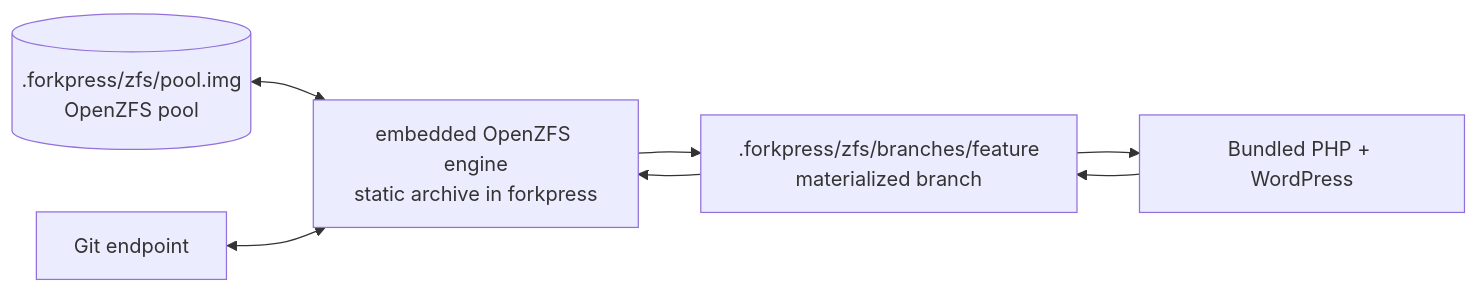
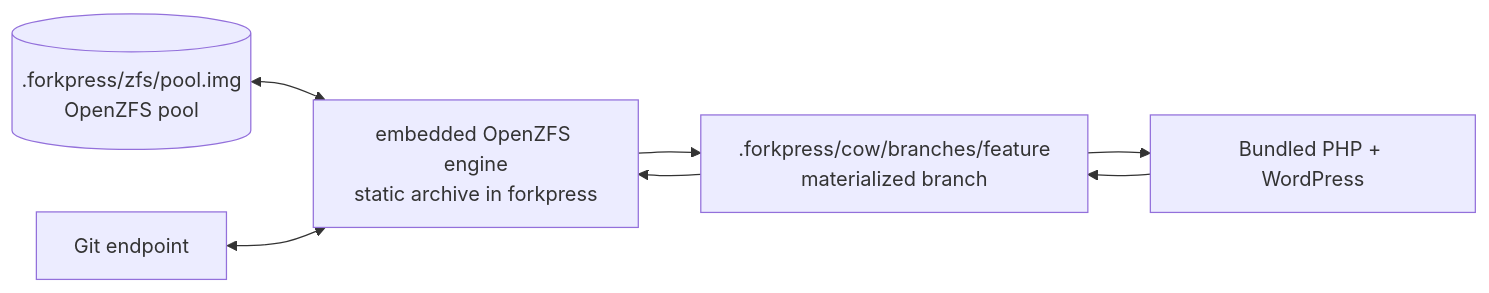
One commit to Automattic/forkpress changed the third of 7 diagrams in README.md. Above: the diagram before and after it, drawn with Mermaid. The commit also changed other lines of this file and 7 other files, not shown here.

Commit message:
Rename materialized backend to cow layout

````diff
--- a/README.md
+++ b/README.md
@@ -412,15 +412,15 @@
 ```mermaid
 flowchart LR
     pool[(.forkpress/zfs/pool.img<br/>OpenZFS pool)]
     engine[embedded OpenZFS engine<br/>static archive in forkpress]
-    cache[.forkpress/zfs/branches/feature<br/>materialized branch]
+    cache[.forkpress/cow/branches/feature<br/>materialized branch]
     php[Bundled PHP + WordPress]
     git[Git endpoint]
 
     pool <--> engine
     engine --> cache
     cache --> php
     php --> cache
     cache --> engine
     git <--> engine
 ```
````
